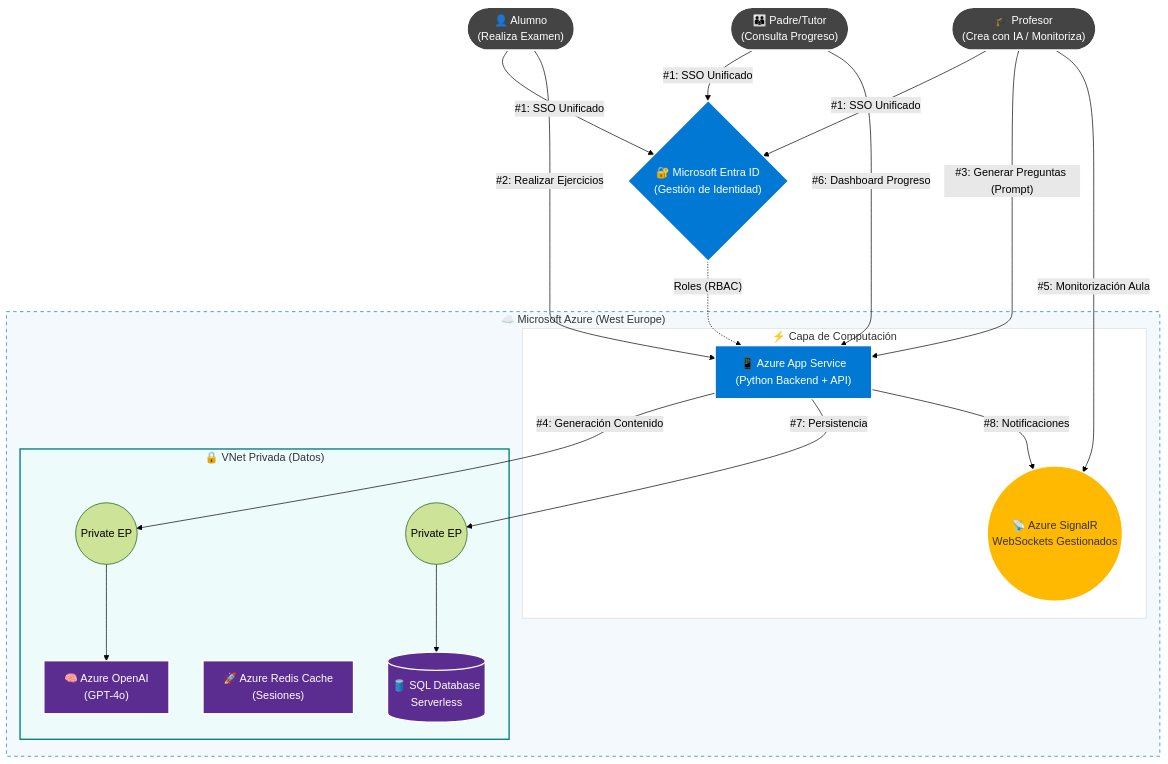
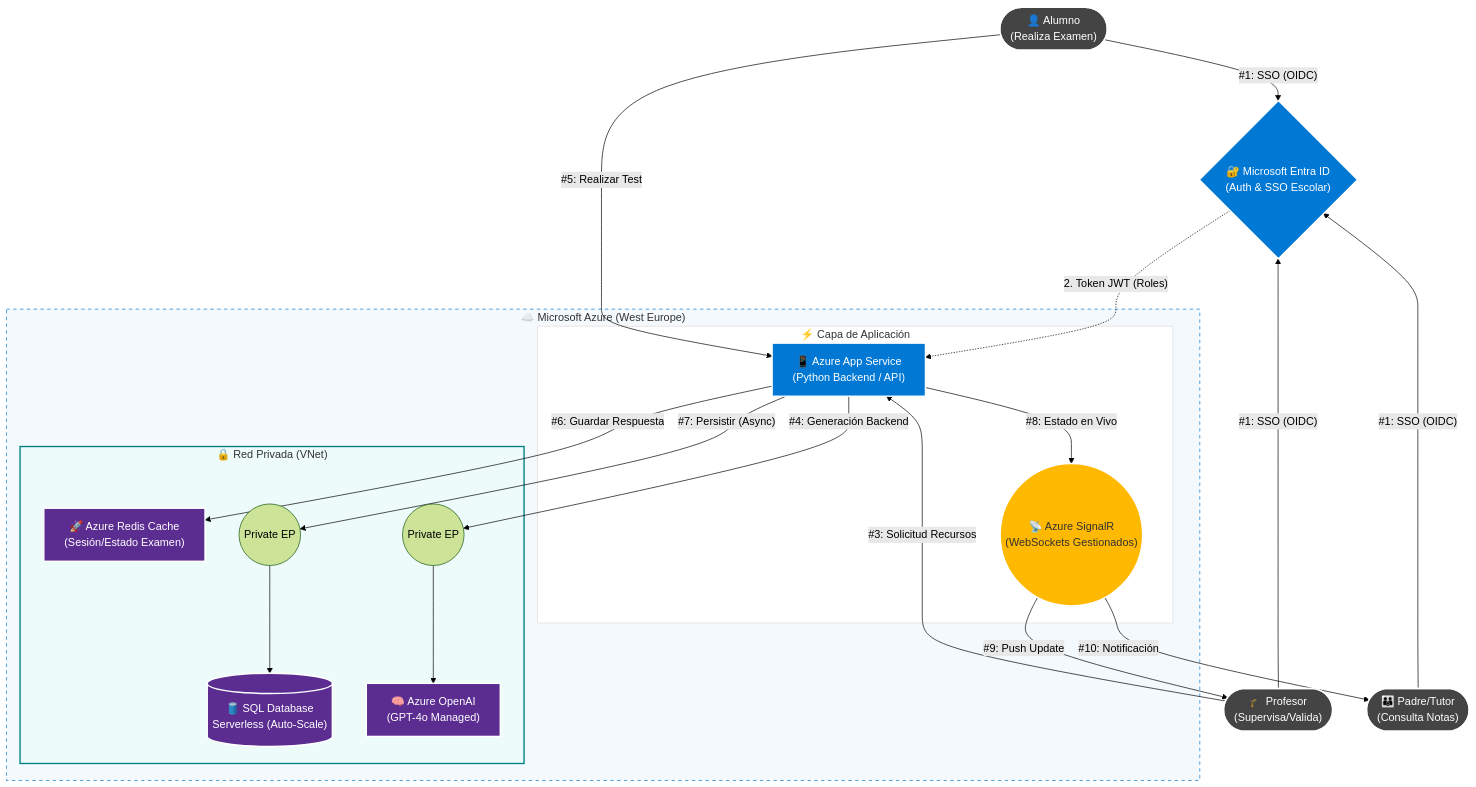
The diagram in Data Science Studies/Infraestructuras y Servicios en la Nube/Eduinnovatech_Proposal.md (GabrielFersPin/Segundo-Cerebro), drawn with Mermaid (forest theme) before and after one commit. The commit also changed other lines of this file and 2 other files, not shown here.

Commit message:
docs: Refine Eduinnovatech Proposal content, update architecture diagram, and adjust Obsidian workspace settings.

````diff
--- a/Data Science Studies/Infraestructuras y Servicios en la Nube/Eduinnovatech_Proposal.md
+++ b/Data Science Studies/Infraestructuras y Servicios en la Nube/Eduinnovatech_Proposal.md
@@ -32,65 +31,61 @@
 ```mermaid
 graph TD
     %% --- Estilos ---
     classDef azure fill:#0078d4,stroke:#fff,stroke-width:2px,color:#fff
     classDef external fill:#444,stroke:#fff,stroke-width:2px,color:#fff
     classDef data fill:#5c2d91,stroke:#fff,stroke-width:2px,color:#fff
     classDef realtime fill:#ffb900,stroke:#fff,stroke-width:2px,color:#333
 
-    %% --- Actores Externos (Roles) ---
-    Student(["👤 Alumno\n(Realiza Examen)"])
-    Teacher(["🎓 Profesor\n(Crea con IA / Monitoriza)"])
-    Parent(["👪 Padre/Tutor\n(Consulta Progreso)"])
+    %% --- Actores Externos ---
+    Student(["👤 Alumno<br/>(Realiza Examen)"])
+    Teacher(["🎓 Profesor<br/>(Supervisa/Valida)"])
+    Parent(["👪 Padre/Tutor<br/>(Consulta Notas)"])
     
-    EntraID{"🔐 Microsoft Entra ID\n(Gestión de Identidad)"}
+    EntraID{"🔐 Microsoft Entra ID<br/>(Auth & SSO Escolar)"}
 
     %% --- Azure Cloud Scope ---
     subgraph AzureRegion ["☁️ Microsoft Azure (West Europe)"]
         style AzureRegion fill:#f4f9fd,stroke:#0078d4,stroke-dasharray: 5 5
 
-        %% Capa Web y API
-        subgraph ComputeLayer ["⚡ Capa de Computación"]
+        %% Capa de Computación y Web
+        subgraph ComputeLayer ["⚡ Capa de Aplicación"]
             style ComputeLayer fill:#fff,stroke:#ddd
-            AppService["📱 Azure App Service\n(Python Backend + API)"]
-            SignalR(("📡 Azure SignalR\nWebSockets Gestionados"))
+            AppService["📱 Azure App Service<br/>(Python Backend / API)"]
+            SignalR(("📡 Azure SignalR<br/>(WebSockets Gestionados)"))
         end
 
-        %% Capa Privada de Datos (VNet)
-        subgraph DataLayer ["🔒 VNet Privada (Datos)"]
+        %% Capa de Datos Segura (VNet)
+        subgraph DataLayer ["🔒 Red Privada (VNet)"]
             style DataLayer fill:#eefbfb,stroke:#008080,stroke-width:2px
             
-            SQL[("🛢️ SQL Database\nServerless")]
-            Redis["🚀 Azure Redis Cache\n(Sesiones)"]
-            OpenAI["🧠 Azure OpenAI\n(GPT-4o)"]
+            SQL[("🛢️ SQL Database<br/>Serverless (Auto-Scale)")]
+            Redis["🚀 Azure Redis Cache<br/>(Sesión/Estado Examen)"]
+            OpenAI["🧠 Azure OpenAI<br/>(GPT-4o Managed)"]
             
             %% Private Endpoints
             PE_SQL(("Private EP"))
             PE_AI(("Private EP"))
         end
     end
 
-    %% --- Flujos de Acceso ---
-    Student & Teacher & Parent -- "#1: SSO Unificado" --> EntraID
-    EntraID -. "Roles (RBAC)" .-> AppService
+    %% --- Flujos Principales ---
+    Student & Teacher & Parent -- "#1: SSO (OIDC)" --> EntraID
+    EntraID -. "2. Token JWT (Roles)" .-> AppService
     
-    %% --- Flujo Alumno ---
-    Student -- "#2: Realizar Ejercicios" --> AppService
+    Teacher -- "#3: Solicitud Recursos" --> AppService
+    AppService -- "#4: Generación Backend" --> PE_AI --> OpenAI
     
-    %% --- Flujo Profesor (IA + Realtime) ---
-    Teacher -- "#3: Generar Preguntas (Prompt)" --> AppService
-    AppService -- "#4: Generación Contenido" --> PE_AI --> OpenAI
-    Teacher -- "#5: Monitorización Aula" --> SignalR
+    Student -- "#5: Realizar Test" --> AppService
+    AppService -- "#6: Guardar Respuesta" --> Redis
+    AppService -- "#7: Persistir (Async)" --> PE_SQL --> SQL
     
-    %% --- Flujo Padre ---
-    Parent -- "#6: Dashboard Progreso" --> AppService
-    
-    %% --- Backend ---
-    AppService -- "#7: Persistencia" --> PE_SQL --> SQL
-    AppService -- "#8: Notificaciones" --> SignalR
+    AppService -- "#8: Estado en Vivo" --> SignalR
+    SignalR -- "#9: Push Update" --> Teacher
+    SignalR -- "#10: Notificación" --> Parent
 
     %% --- Asignación de Clases ---
     class Student,Teacher,Parent external;
     class EntraID,AppService azure;
     class SignalR realtime;
     class SQL,Redis,OpenAI data;
 ```
````
